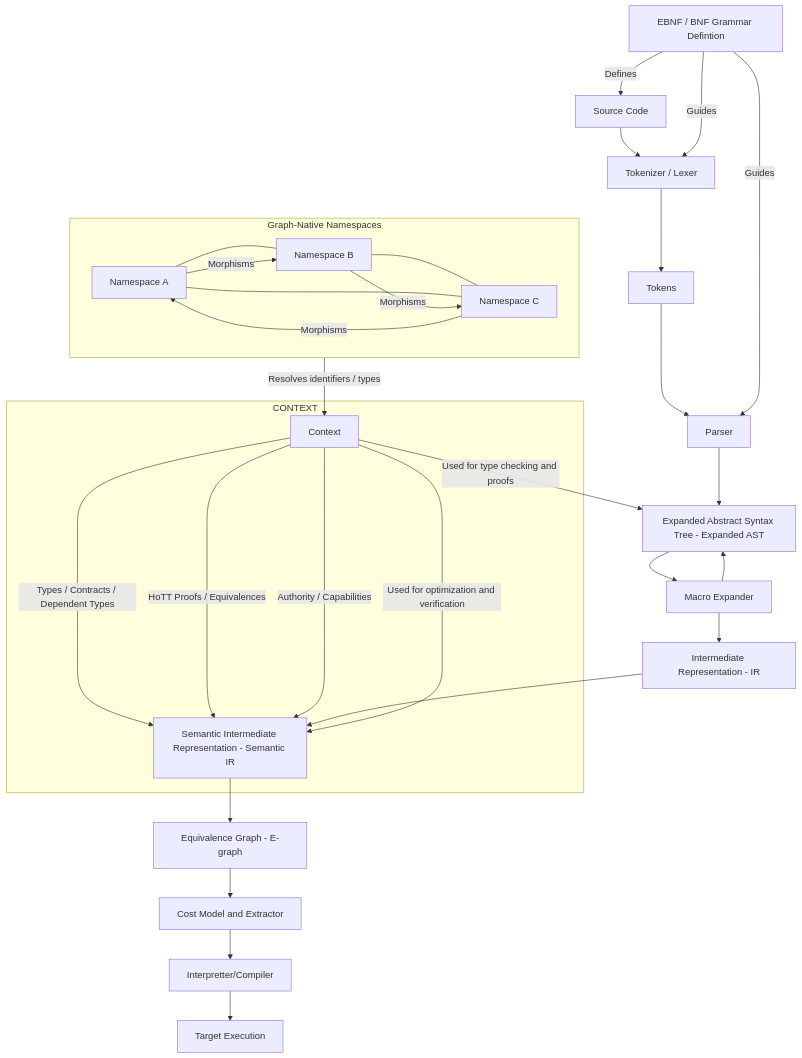
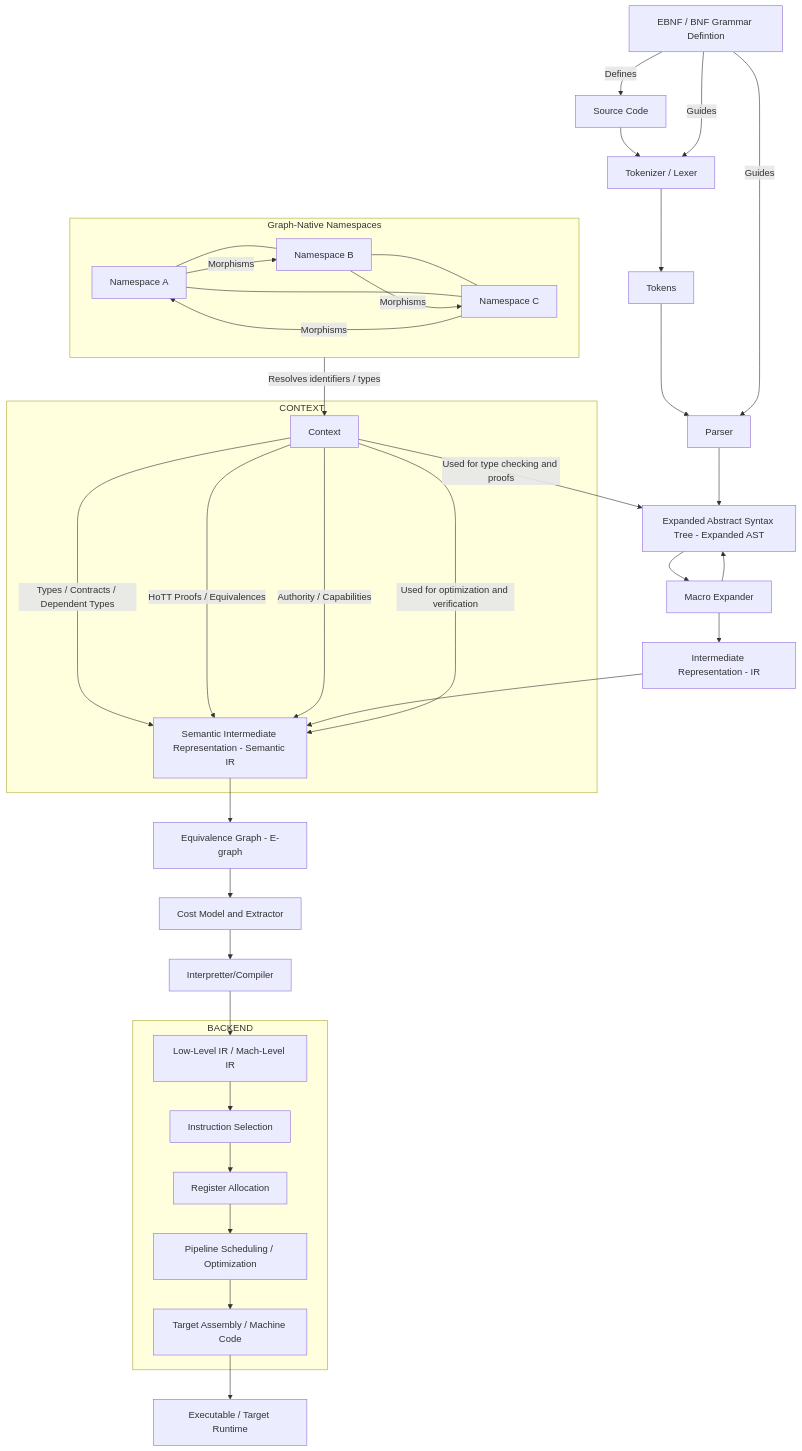
One commit to tbrumbaugh5396/my-amazing-programming-language changed the diagram in compiler.md. Above: the diagram before and after it, drawn with Mermaid.

````diff
--- a/compiler.md
+++ b/compiler.md
@@ -1,56 +1,68 @@
 ```mermaid
 
 graph TD
     %% --- SOURCE AND FRONT-END ---
     A[Source Code] --> B[Tokenizer / Lexer]
     B --> C[Tokens]
     C --> D[Parser]
     D --> E[Expanded Abstract Syntax Tree - Expanded AST]
     E --> F[Macro Expander]
     F --> E
+
+    %% --- GRAMMAR GUIDANCE ---
     G[EBNF / BNF Grammar Defintion] --> | Defines| A
     G --> | Guides | B
     G --> | Guides | D
 
     subgraph NAMESPACE_GRAPH["Graph-Native Namespaces"]
         N1[Namespace A]
         N2[Namespace B]
         N3[Namespace C]
         N1 --- N2
         N2 --- N3
         N1 --- N3
     end
 
     %% Context morphisms
     N1 --> |Morphisms| N2
     N2 --> |Morphisms| N3
     N3 --> |Morphisms| N1
     NAMESPACE_GRAPH --> |Resolves identifiers / types| H
     
     %% --- CONTEXT & NAMESPACES ---
     subgraph CONTEXT
         H[Context]
         H --> |Types / Contracts / Dependent Types| K
         H --> |HoTT Proofs / Equivalences| K
         H --> |Authority / Capabilities| K
     end
     
     H --> | Used for type checking and proofs | E
     F --> J[Intermediate Representation - IR]
 
     
     J --> K[Semantic Intermediate Representation - Semantic IR]
     H --> | Used for optimization and verification | K
     
     %% --- SEMANTIC OPTIMIZER ---
     K --> L[Equivalence Graph - E-graph]
     L --> M[Cost Model and Extractor]
     M --> I[Interpretter/Compiler]
-    I --> N[Target Execution]
-
     
 
+    %% --- BACKEND / MACH LEVEL ---
+    subgraph BACKEND
+        N[Low-Level IR / Mach-Level IR]
+        O[Instruction Selection]
+        P[Register Allocation]
+        Q[Pipeline Scheduling / Optimization]
+        R[Target Assembly / Machine Code]
+    end
+
+    I --> N
+    N --> O --> P --> Q --> R
+    R --> S[Executable / Target Runtime]
     
 
 
 ```
````
